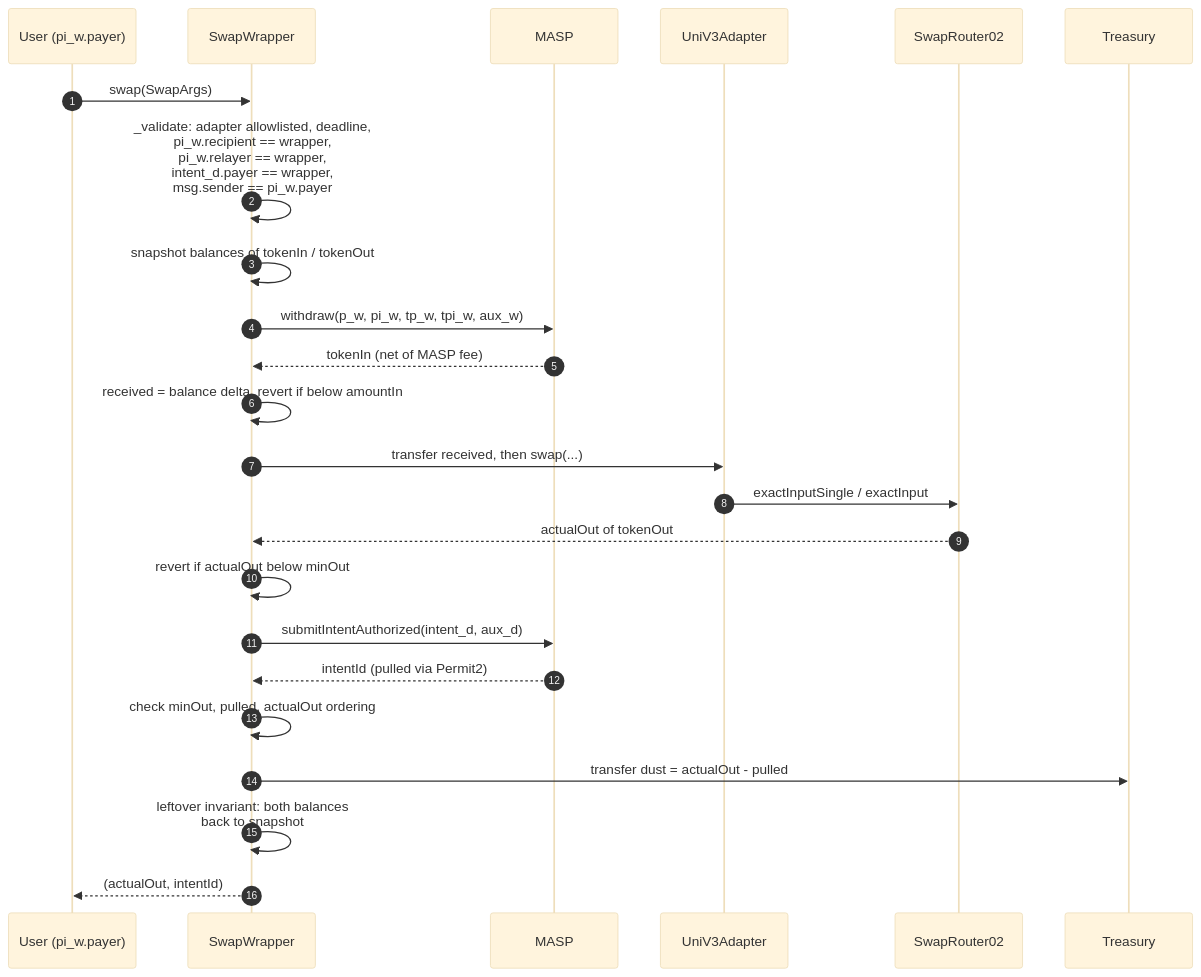
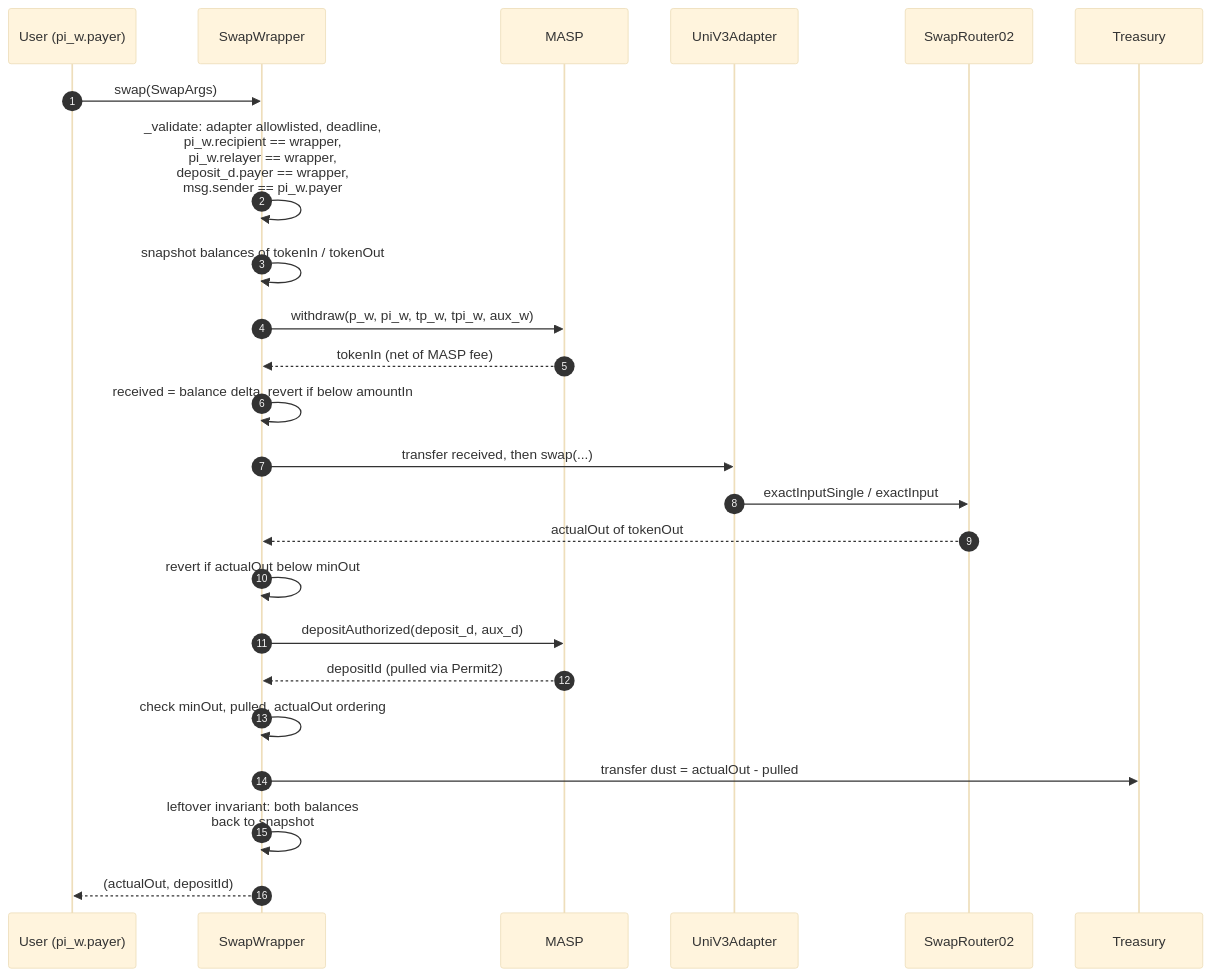
One commit to lelantos-org/contracts changed the tenth of 10 diagrams in src/README.md. Above: the diagram before and after it, drawn with Mermaid (base theme). The commit also changed other lines of this file and 93 other files, not shown here.

````diff
--- a/src/README.md
+++ b/src/README.md
@@ -420,27 +424,27 @@
 ```mermaid
 sequenceDiagram
   autonumber
   participant U as User (pi_w.payer)
   participant SW as SwapWrapper
   participant M as MASP
   participant AD as UniV3Adapter
   participant RT as SwapRouter02
   participant TR as Treasury
 
   U->>SW: swap(SwapArgs)
-  SW->>SW: _validate: adapter allowlisted, deadline,<br/>pi_w.recipient == wrapper,<br/>pi_w.relayer == wrapper,<br/>intent_d.payer == wrapper,<br/>msg.sender == pi_w.payer
+  SW->>SW: _validate: adapter allowlisted, deadline,<br/>pi_w.recipient == wrapper,<br/>pi_w.relayer == wrapper,<br/>deposit_d.payer == wrapper,<br/>msg.sender == pi_w.payer
   SW->>SW: snapshot balances of tokenIn / tokenOut
   SW->>M: withdraw(p_w, pi_w, tp_w, tpi_w, aux_w)
   M-->>SW: tokenIn (net of MASP fee)
   SW->>SW: received = balance delta, revert if below amountIn
   SW->>AD: transfer received, then swap(...)
   AD->>RT: exactInputSingle / exactInput
   RT-->>SW: actualOut of tokenOut
   SW->>SW: revert if actualOut below minOut
-  SW->>M: submitIntentAuthorized(intent_d, aux_d)
-  M-->>SW: intentId (pulled via Permit2)
+  SW->>M: depositAuthorized(deposit_d, aux_d)
+  M-->>SW: depositId (pulled via Permit2)
   SW->>SW: check minOut, pulled, actualOut ordering
   SW->>TR: transfer dust = actualOut - pulled
   SW->>SW: leftover invariant: both balances<br/>back to snapshot
-  SW-->>U: (actualOut, intentId)
+  SW-->>U: (actualOut, depositId)
 ```
````
